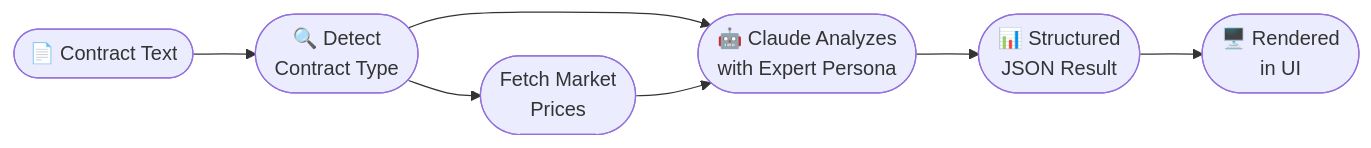
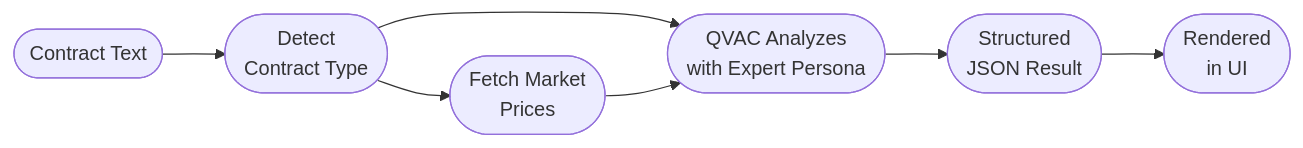
The diagram in docs/features/contract-audit.md (ContracGuardAI/frontend), drawn with Mermaid before and after one commit. The commit also changed other lines of this file and 40 other files, not shown here.

````diff
--- a/docs/features/contract-audit.md
+++ b/docs/features/contract-audit.md
@@ -29,9 +29,9 @@
 ```mermaid
 flowchart LR
-    A([📄 Contract Text]) --> B([🔍 Detect\nContract Type])
+    A([Contract Text]) --> B([Detect\nContract Type])
     B --> C([Fetch Market\nPrices])
-    B --> D([🤖 Claude Analyzes\nwith Expert Persona])
+    B --> D([QVAC Analyzes\nwith Expert Persona])
     C --> D
-    D --> E([📊 Structured\nJSON Result])
-    E --> F([🖥️ Rendered\nin UI])
+    D --> E([Structured\nJSON Result])
+    E --> F([Rendered\nin UI])
 ```
````
